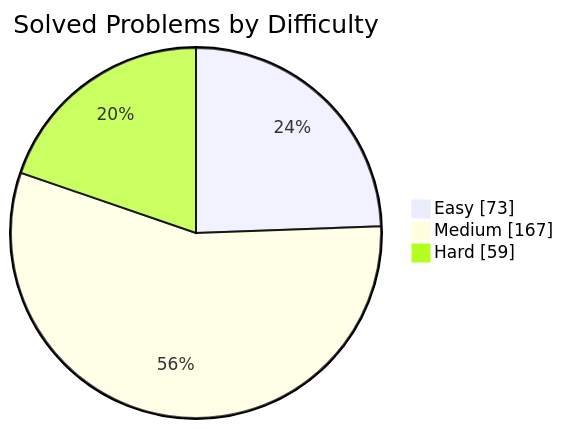
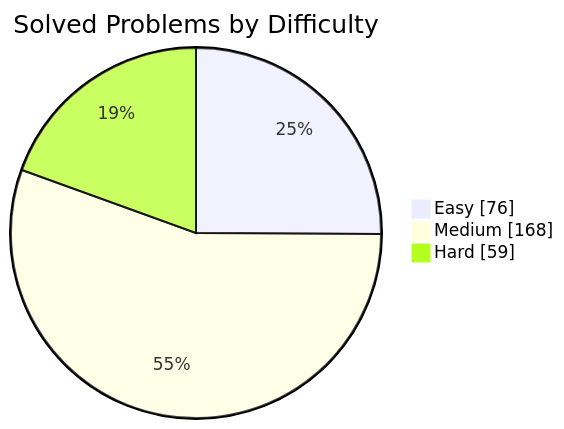
The first of 2 diagrams in README.md (manikantbindass/DSA-Preparation-FAANG), drawn with Mermaid before and after one commit. The commit also changed other lines of this file and 1 other file, not shown here.

````diff
--- a/README.md
+++ b/README.md
@@ -77,7 +77,7 @@
 ```mermaid
 pie showData
     title Solved Problems by Difficulty
-    "Easy" : 73
-    "Medium" : 167
+    "Easy" : 76
+    "Medium" : 168
     "Hard" : 59
 ```
````
